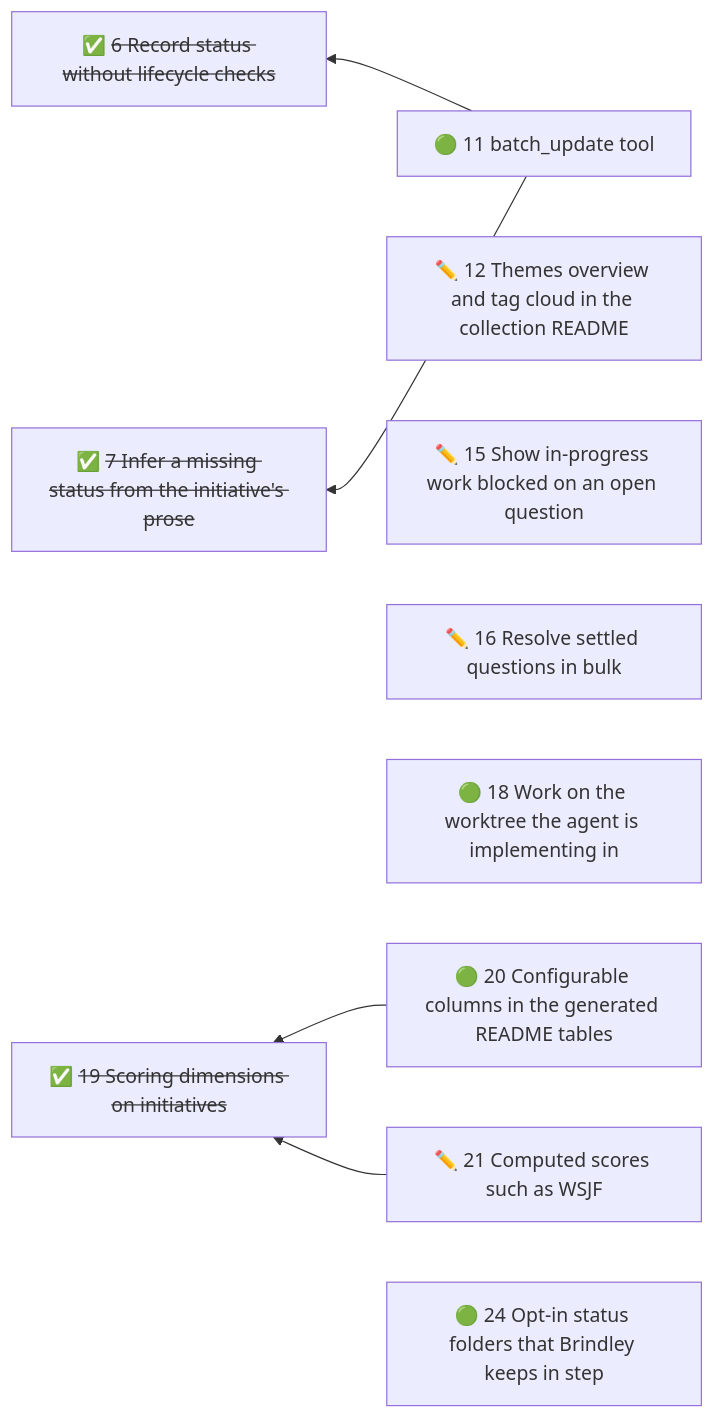
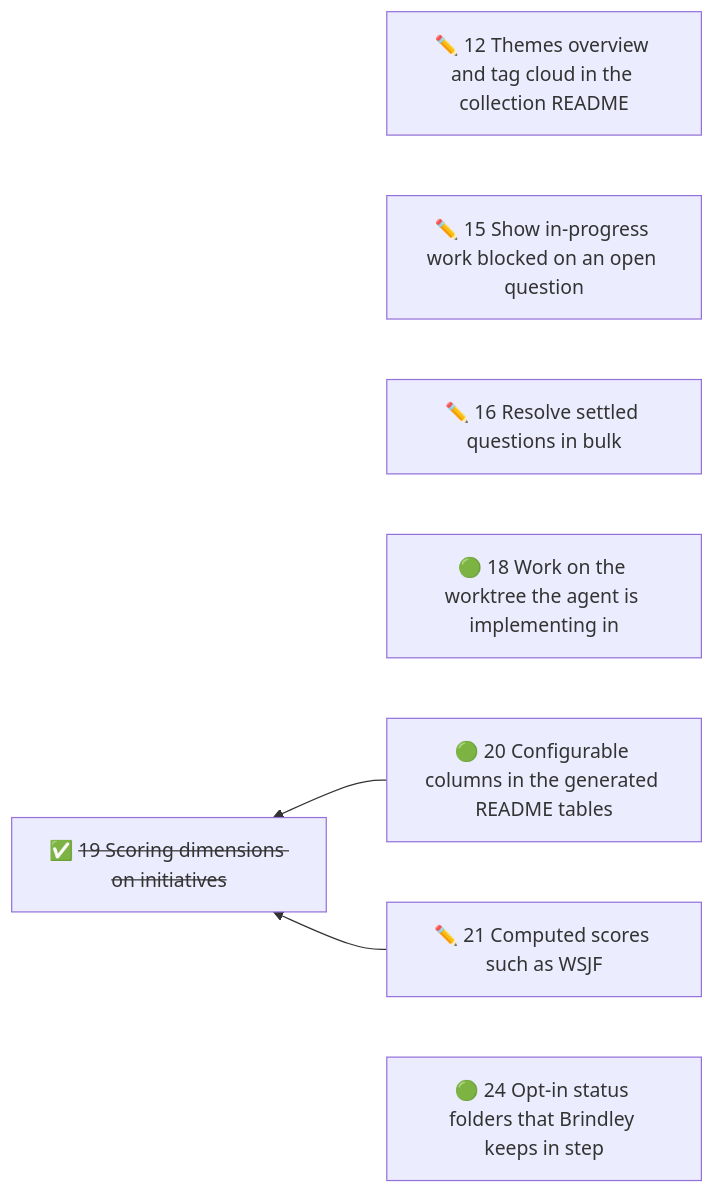
Before and after one commit to duckAsteroid/brindley: the diagram in initiatives/README.md, drawn with Mermaid. The commit also changed other lines of this file and 10 other files, not shown here.

````diff
--- a/initiatives/README.md
+++ b/initiatives/README.md
@@ -35,18 +34,13 @@
 ```mermaid
 flowchart RL
-  n11["🟢 11 batch_update tool"]
   n12["✏️ 12 Themes overview and tag cloud in the collection README"]
   n15["✏️ 15 Show in-progress work blocked on an open question"]
   n16["✏️ 16 Resolve settled questions in bulk"]
   n18["🟢 18 Work on the worktree the agent is implementing in"]
   n20["🟢 20 Configurable columns in the generated README tables"]
   n21["✏️ 21 Computed scores such as WSJF"]
   n24["🟢 24 Opt-in status folders that Brindley keeps in step"]
-  n6["✅ <s>6 Record status without lifecycle checks</s>"]
-  n7["✅ <s>7 Infer a missing status from the initiative's prose</s>"]
   n19["✅ <s>19 Scoring dimensions on initiatives</s>"]
-  n11 --> n6
-  n11 --> n7
   n20 --> n19
   n21 --> n19
 ```
````
